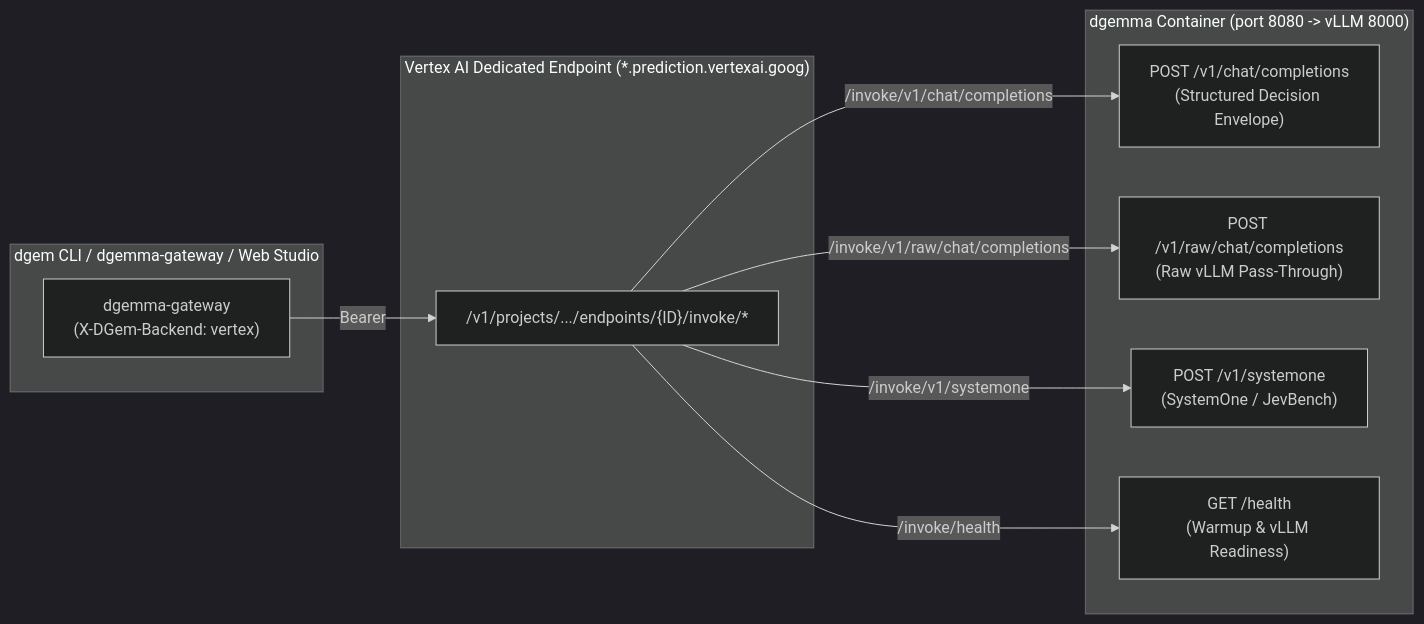
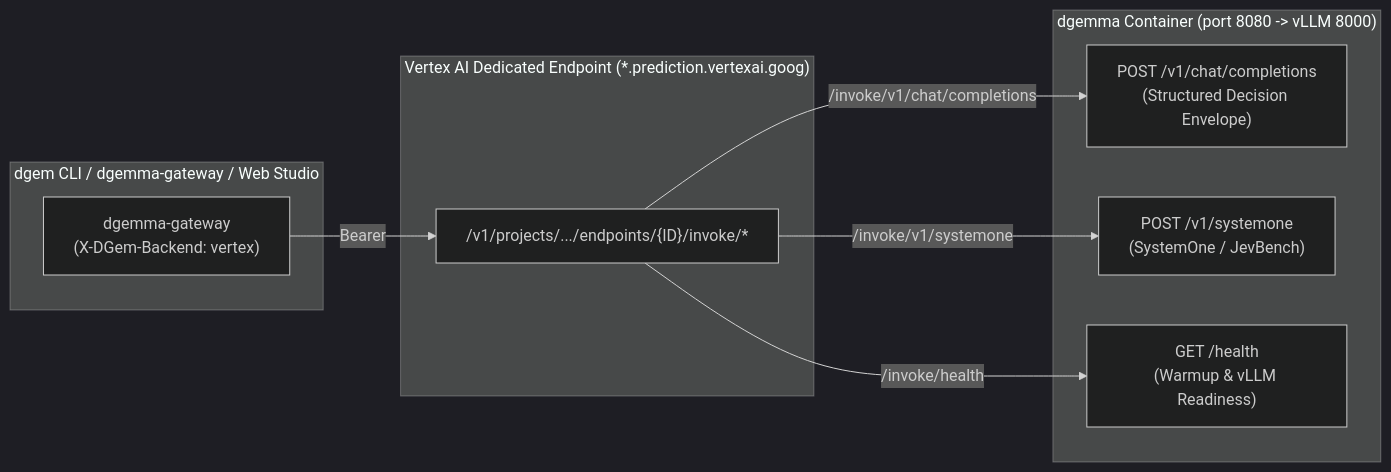
Before and after one commit to ghchinoy/dgem: the diagram in docs-site/src/content/docs/reference/vertex-vs-cloud-run.md, drawn with Mermaid (dark theme). The commit also changed other lines of this file and 8 other files, not shown here.

First line of the commit message:
serving: answer /v1/raw/chat/completions with 410

````diff
--- a/docs-site/src/content/docs/reference/vertex-vs-cloud-run.md
+++ b/docs-site/src/content/docs/reference/vertex-vs-cloud-run.md
@@ -27,23 +28,21 @@
 ```mermaid
 flowchart LR
   subgraph Client["dgem CLI / dgemma-gateway / Web Studio"]
     GW["dgemma-gateway\n(X-DGem-Backend: vertex)"]
   end
 
   subgraph Vertex["Vertex AI Dedicated Endpoint (*.prediction.vertexai.goog)"]
     INV["/v1/projects/.../endpoints/{ID}/invoke/*"]
   end
 
   subgraph Container["dgemma Container (port 8080 -> vLLM 8000)"]
     R1["POST /v1/chat/completions\n(Structured Decision Envelope)"]
-    R2["POST /v1/raw/chat/completions\n(Raw vLLM Pass-Through)"]
     R3["POST /v1/systemone\n(SystemOne / JevBench)"]
     R4["GET /health\n(Warmup & vLLM Readiness)"]
   end
 
   GW -->|"Bearer <OAuth2 cloud-platform>"| INV
   INV -->|"/invoke/v1/chat/completions"| R1
-  INV -->|"/invoke/v1/raw/chat/completions"| R2
   INV -->|"/invoke/v1/systemone"| R3
   INV -->|"/invoke/health"| R4
 ```
````
